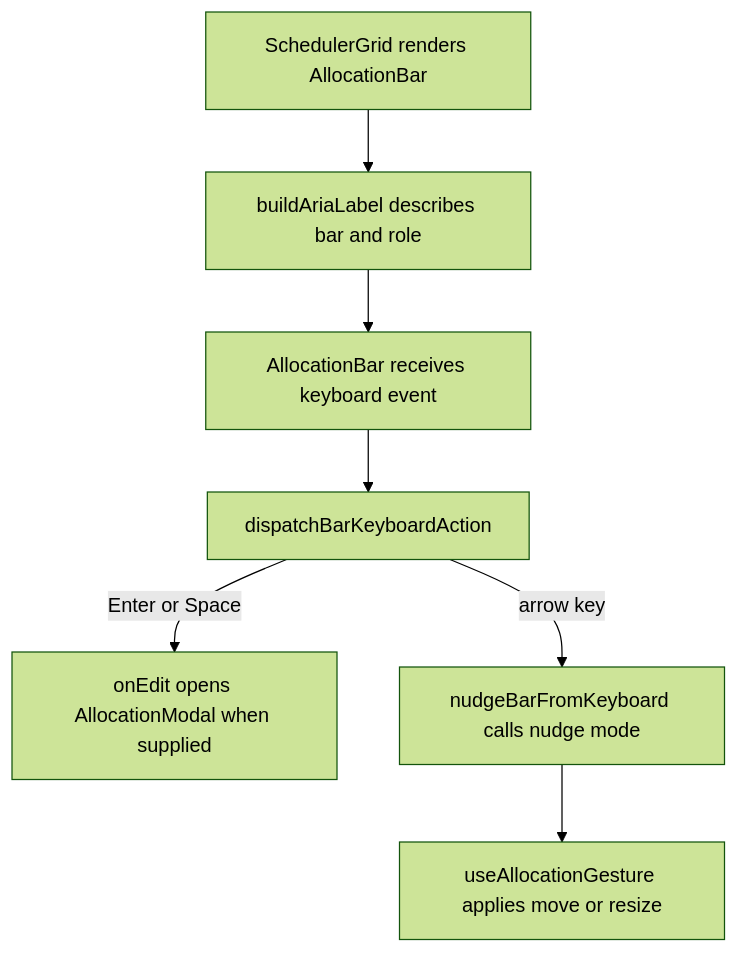
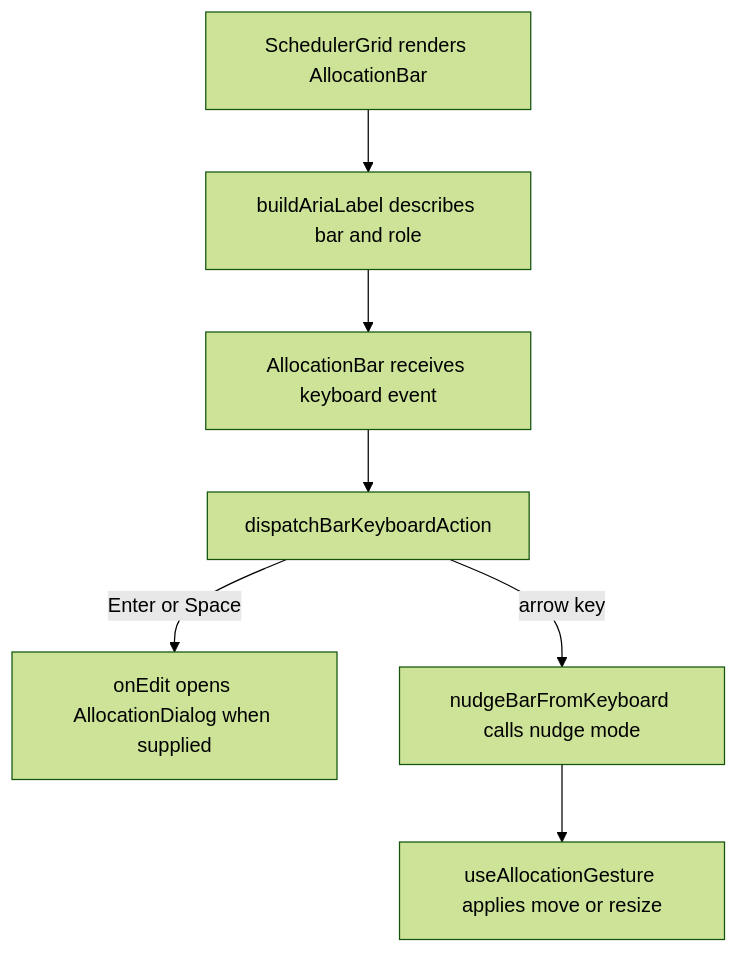
Before and after one commit to Kevinjohn/capacitylens: the second of 2 diagrams in user-stories/accessibility/US-KBD-01-bar-keyboard.md, drawn with Mermaid (forest theme). The commit also changed other lines of this file and 47 other files, not shown here.

First line of the commit message:
Allocation dialog: rename allocation modal files and types

````diff
--- a/user-stories/accessibility/US-KBD-01-bar-keyboard.md
+++ b/user-stories/accessibility/US-KBD-01-bar-keyboard.md
@@ -32,9 +32,9 @@
 ```mermaid
 flowchart TD
   grid["SchedulerGrid renders AllocationBar"] --> label["buildAriaLabel describes bar and role"]
   label --> bar["AllocationBar receives keyboard event"]
   bar --> action["dispatchBarKeyboardAction"]
-  action -->|Enter or Space| edit["onEdit opens AllocationModal when supplied"]
+  action -->|Enter or Space| edit["onEdit opens AllocationDialog when supplied"]
   action -->|arrow key| nudge["nudgeBarFromKeyboard calls nudge mode"]
   nudge --> gesture["useAllocationGesture applies move or resize"]
 ```
````
